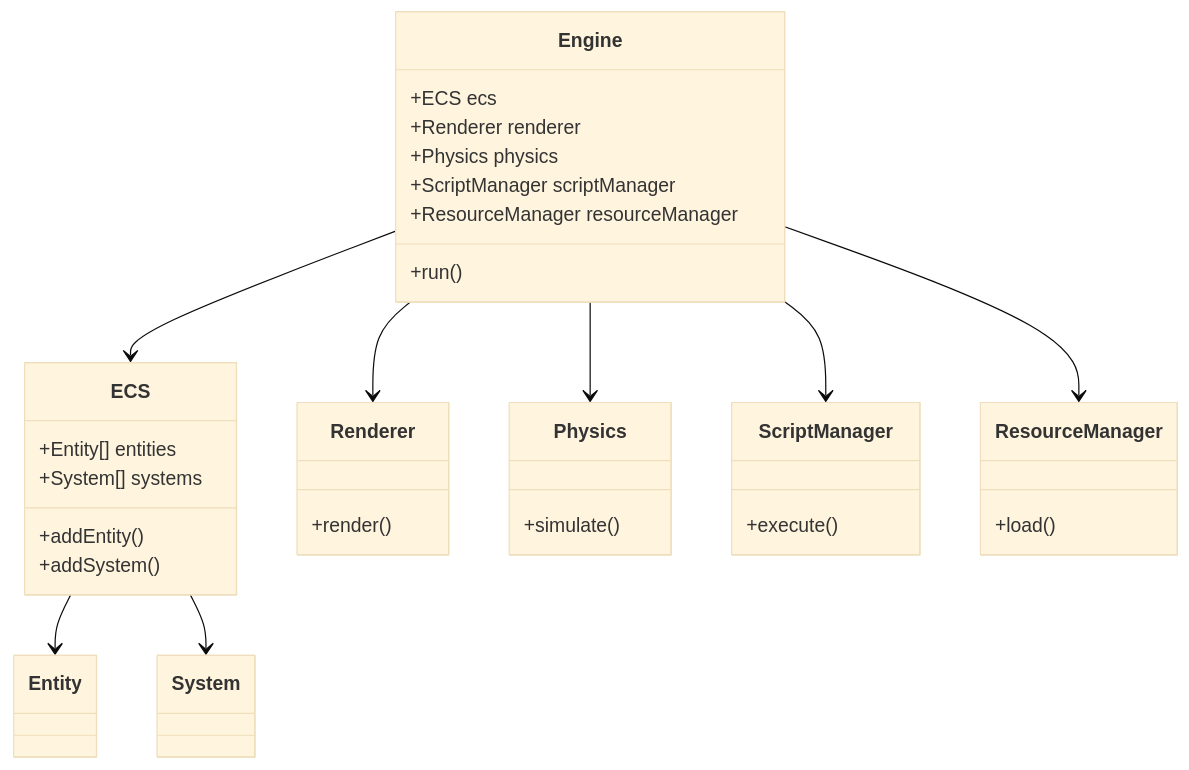
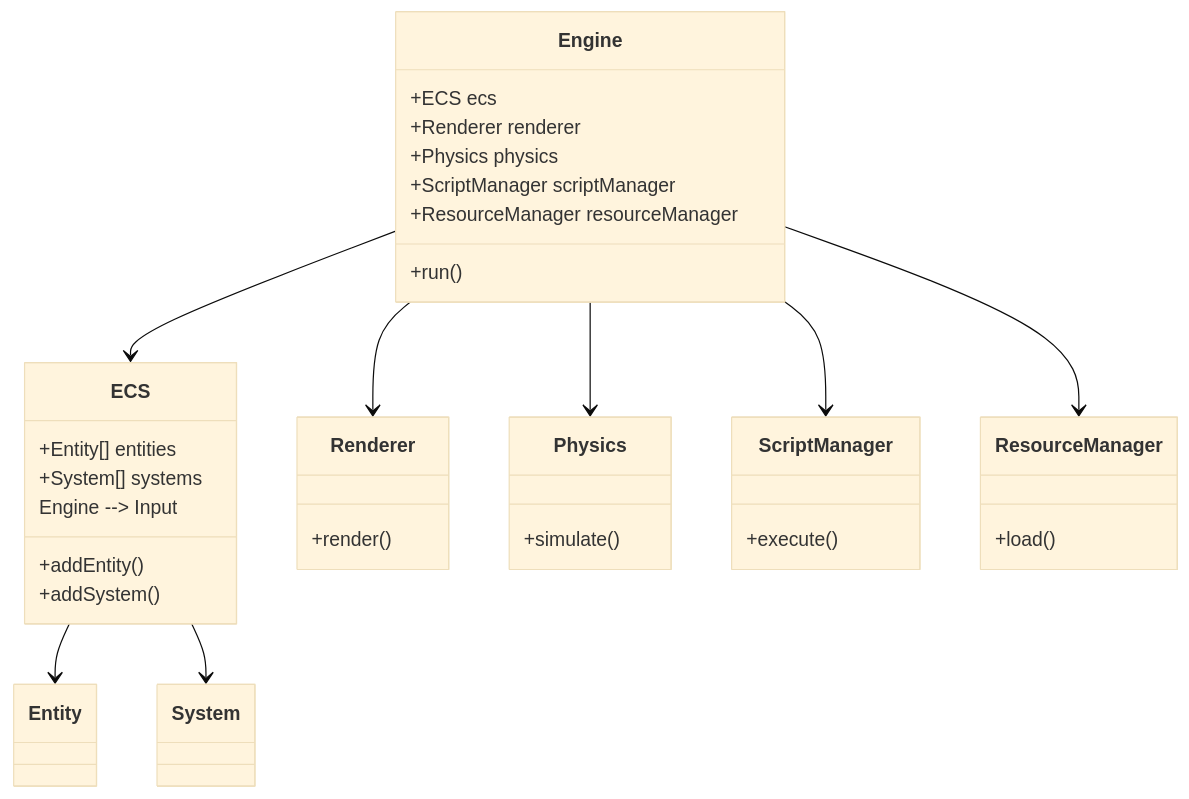
One commit to import1bones/simplex-engine changed the diagram in docs/todo/mvp.md. Above: the diagram before and after it, drawn with Mermaid (base theme). The commit also changed other lines of this file and 7 other files, not shown here.

Commit message:
Implement input system architecture with abstract API and pygame backend

````diff
--- a/docs/todo/mvp.md
+++ b/docs/todo/mvp.md
@@ -46,36 +45,37 @@
 ```mermaid
 classDiagram
     class Engine {
         +ECS ecs
         +Renderer renderer
         +Physics physics
         +ScriptManager scriptManager
         +ResourceManager resourceManager
         +run()
     }
     class ECS {
         +Entity[] entities
         +System[] systems
         +addEntity()
         +addSystem()
+    Engine --> Input
     }
     class Renderer {
         +render()
     }
     class Physics {
         +simulate()
     }
     class ScriptManager {
         +execute()
     }
     class ResourceManager {
         +load()
     }
     Engine --> ECS
     Engine --> Renderer
     Engine --> Physics
     Engine --> ScriptManager
     Engine --> ResourceManager
     ECS --> Entity
     ECS --> System
 ```
````
